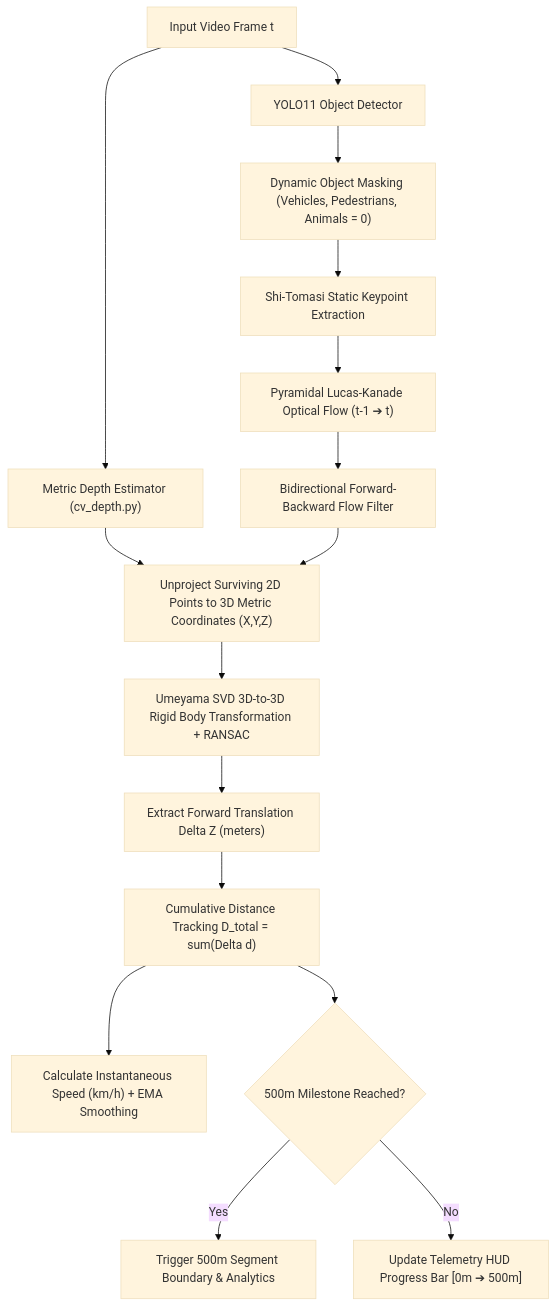
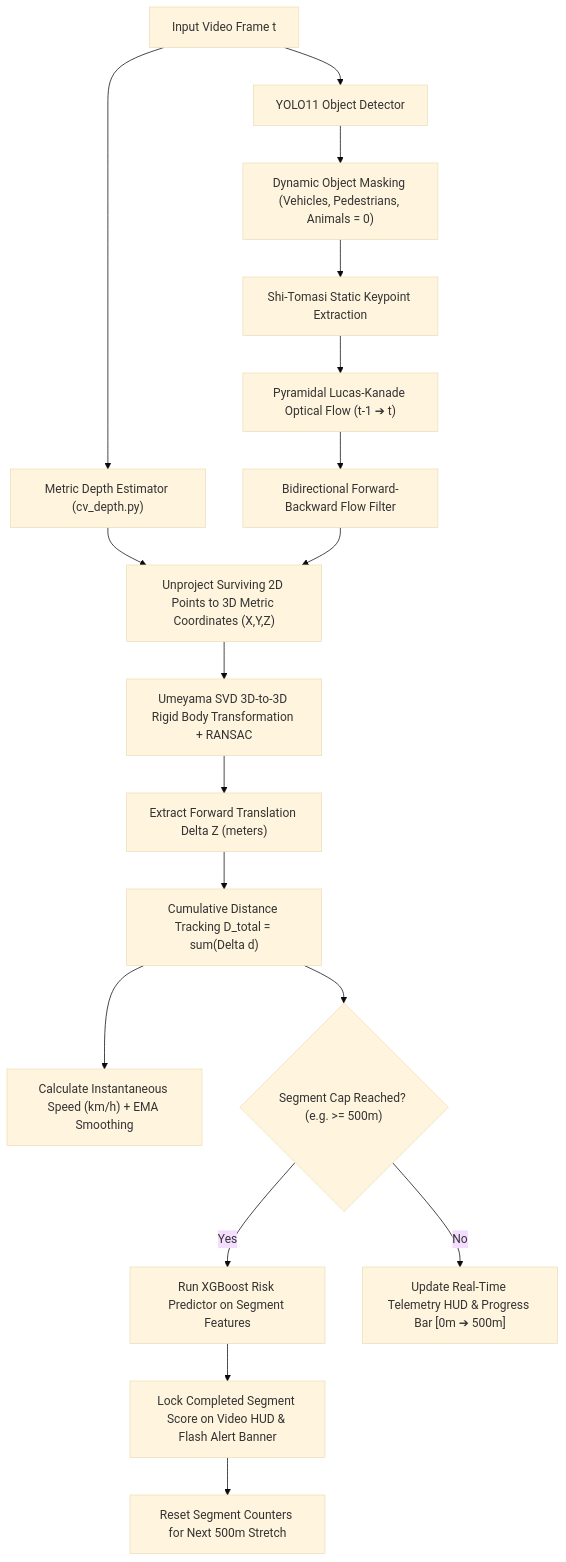
One commit to SwayamAg/road-safety-vision-ai changed the diagram in Distance_measure.md. Above: the diagram before and after it, drawn with Mermaid (base theme). The commit also changed other lines of this file, not shown here.

Commit message:
Update Distance_measure.md with segment-cap predictions, dual-card HUD, API details, and verification protocols

````diff
--- a/Distance_measure.md
+++ b/Distance_measure.md
@@ -29,18 +29,20 @@
 ```mermaid
 graph TD
     A["Input Video Frame t"] --> B["YOLO11 Object Detector"]
     A --> C["Metric Depth Estimator (cv_depth.py)"]
     B --> D["Dynamic Object Masking (Vehicles, Pedestrians, Animals = 0)"]
     D --> E["Shi-Tomasi Static Keypoint Extraction"]
     E --> F["Pyramidal Lucas-Kanade Optical Flow (t-1 ➔ t)"]
     F --> G["Bidirectional Forward-Backward Flow Filter"]
     C --> H["Unproject Surviving 2D Points to 3D Metric Coordinates (X,Y,Z)"]
     G --> H
     H --> I["Umeyama SVD 3D-to-3D Rigid Body Transformation + RANSAC"]
     I --> J["Extract Forward Translation Delta Z (meters)"]
     J --> K["Cumulative Distance Tracking D_total = sum(Delta d)"]
     K --> L["Calculate Instantaneous Speed (km/h) + EMA Smoothing"]
-    K --> M{"500m Milestone Reached?"}
-    M -- Yes --> N["Trigger 500m Segment Boundary & Analytics"]
-    M -- No --> O["Update Telemetry HUD Progress Bar [0m ➔ 500m]"]
+    K --> M{"Segment Cap Reached? (e.g. >= 500m)"}
+    M -- Yes --> N["Run XGBoost Risk Predictor on Segment Features"]
+    N --> O["Lock Completed Segment Score on Video HUD & Flash Alert Banner"]
+    O --> P["Reset Segment Counters for Next 500m Stretch"]
+    M -- No --> Q["Update Real-Time Telemetry HUD & Progress Bar [0m ➔ 500m]"]
 ```
````
